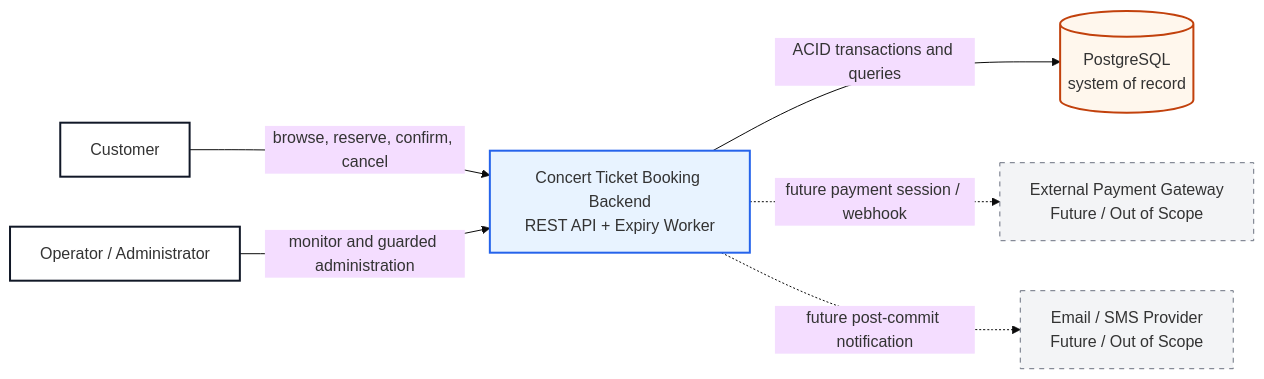
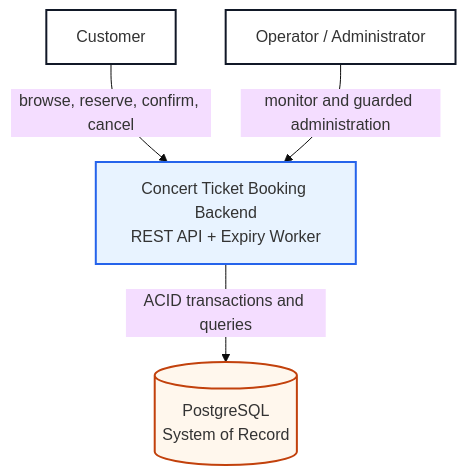
Before and after one commit to Quang-Luu-2005/Geek_Interview: the diagram in docs/diagrams/system-context.mmd, drawn with Mermaid (base theme). The commit also changed 26 other files, not shown here.

```diff
--- a/docs/diagrams/system-context.mmd
+++ b/docs/diagrams/system-context.mmd
@@ -1,24 +1,16 @@
-flowchart LR
+flowchart TB
     customer[Customer]
-    operator[Operator / Administrator]
-
+    operations[Operator / Administrator]
     backend[Concert Ticket Booking Backend<br/>REST API + Expiry Worker]
-    database[(PostgreSQL<br/>system of record)]
-
-    payment[External Payment Gateway<br/>Future / Out of Scope]
-    notification[Email / SMS Provider<br/>Future / Out of Scope]
+    database[(PostgreSQL<br/>System of Record)]
 
     customer -->|browse, reserve, confirm, cancel| backend
-    operator -->|monitor and guarded administration| backend
+    operations -->|monitor and guarded administration| backend
     backend -->|ACID transactions and queries| database
-    backend -.->|future payment session / webhook| payment
-    backend -.->|future post-commit notification| notification
 
     classDef actor fill:#ffffff,stroke:#111827,stroke-width:2px;
     classDef current fill:#e8f3ff,stroke:#2563eb,stroke-width:2px;
     classDef data fill:#fff7ed,stroke:#c2410c,stroke-width:2px;
-    classDef future fill:#f3f4f6,stroke:#6b7280,stroke-dasharray:5 5;
-    class customer,operator actor;
+    class customer,operations actor;
     class backend current;
     class database data;
-    class payment,notification future;
```
